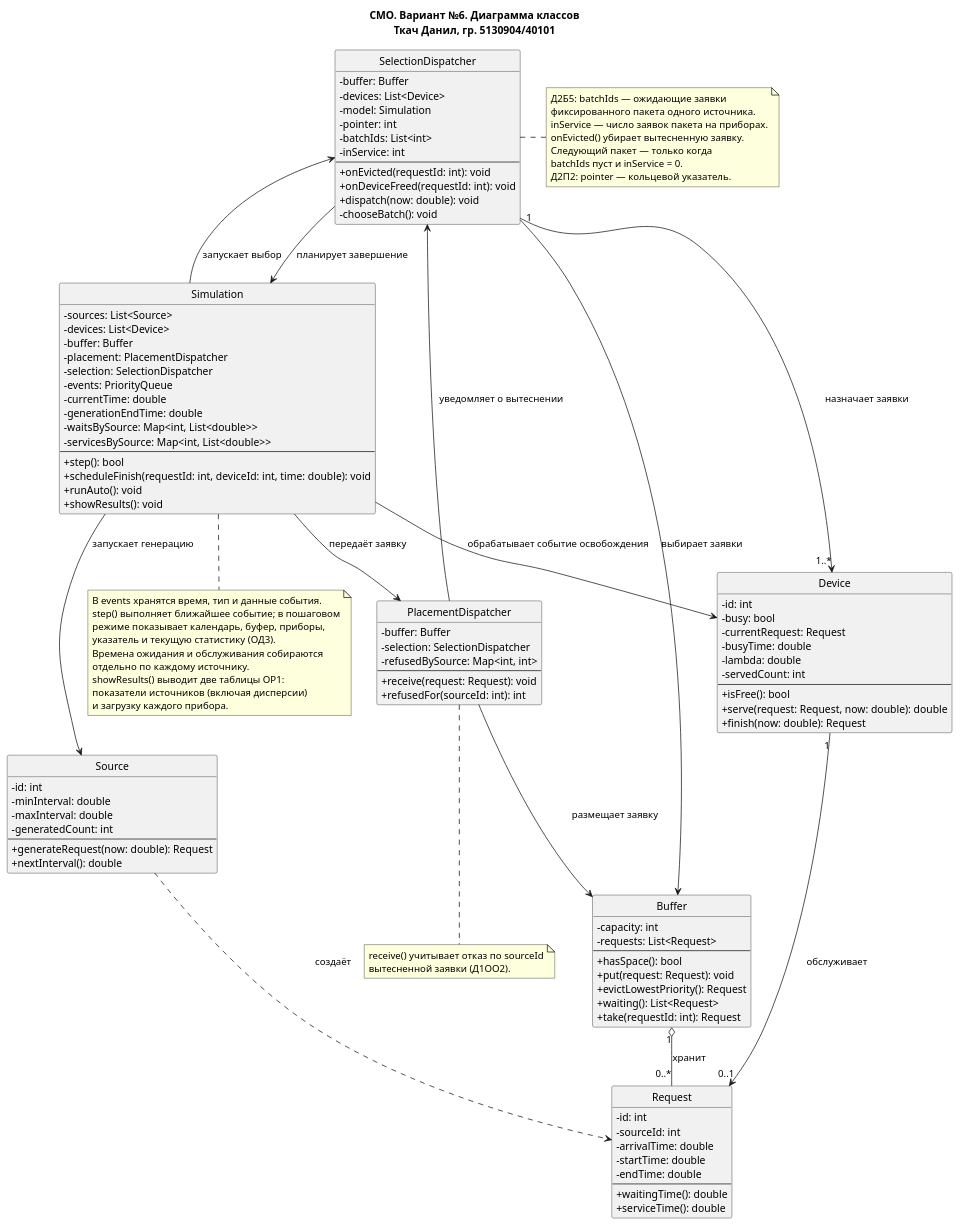
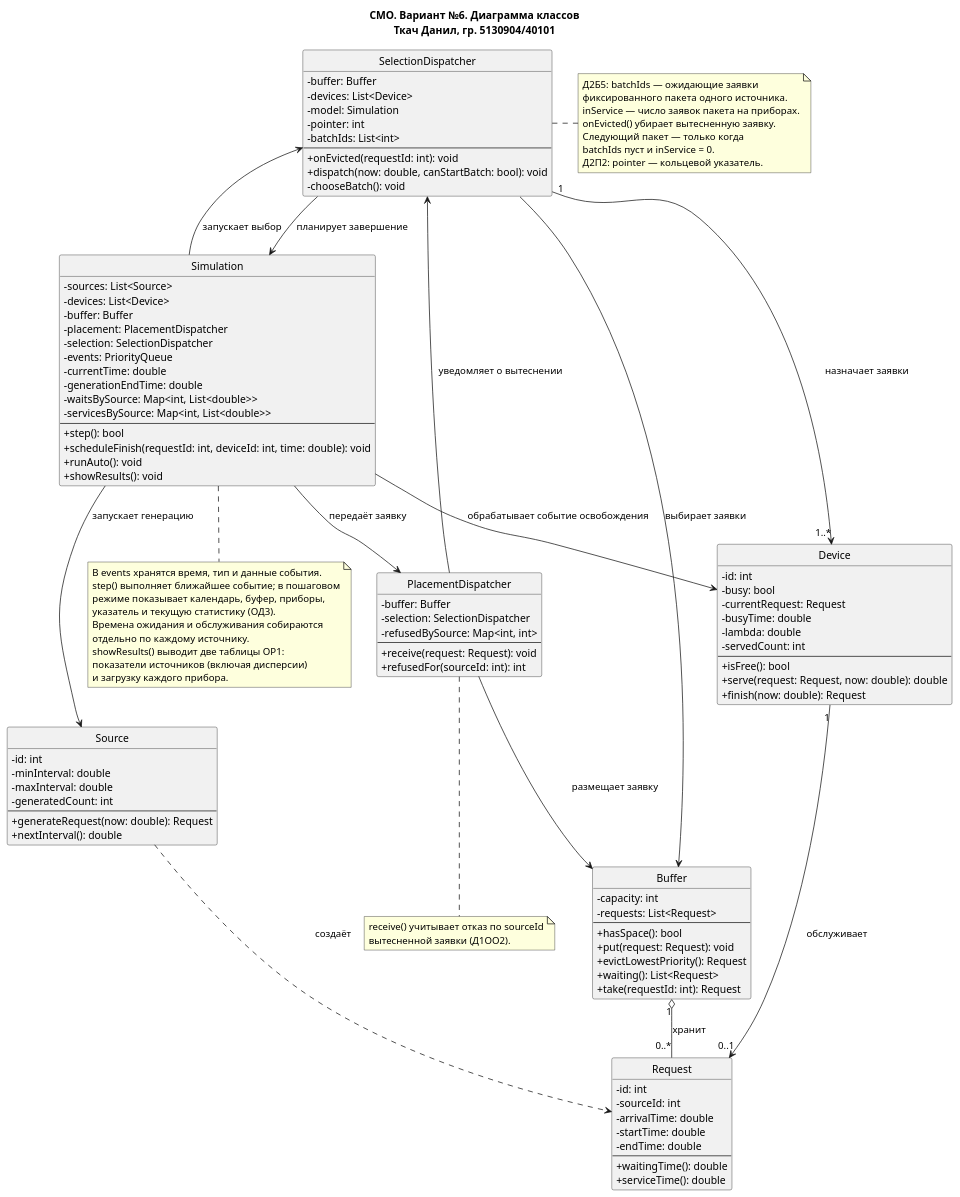
One commit to Danil3352/smo-meteo-var6 changed the diagram in artifacts/class/classes.puml. Above: the diagram before and after it, drawn with PlantUML. The commit also changed 5 other files, not shown here.

```diff
--- a/artifacts/class/classes.puml
+++ b/artifacts/class/classes.puml
@@ -2,132 +2,132 @@
 @startuml
 title СМО. Вариант №6. Диаграмма классов\nТкач Данил, гр. 5130904/40101
 skinparam style strictuml
 skinparam classAttributeIconSize 0
 
 class Request {
     - id: int
     - sourceId: int
     - arrivalTime: double
     - startTime: double
     - endTime: double
     --
     + waitingTime(): double
     + serviceTime(): double
 }
 
 class Source {
     - id: int
     - minInterval: double
     - maxInterval: double
     - generatedCount: int
     --
     + generateRequest(now: double): Request
     + nextInterval(): double
 }
 
 class Buffer {
     - capacity: int
     - requests: List<Request>
     --
     + hasSpace(): bool
     + put(request: Request): void
     + evictLowestPriority(): Request
     + waiting(): List<Request>
     + take(requestId: int): Request
 }
 
 class PlacementDispatcher {
     - buffer: Buffer
     - selection: SelectionDispatcher
     - refusedBySource: Map<int, int>
     --
     + receive(request: Request): void
     + refusedFor(sourceId: int): int
 }
 
+
 class SelectionDispatcher {
     - buffer: Buffer
     - devices: List<Device>
     - model: Simulation
     - pointer: int
     - batchIds: List<int>
-    - inService: int
     --
     + onEvicted(requestId: int): void
-    + onDeviceFreed(requestId: int): void
-    + dispatch(now: double): void
+    + dispatch(now: double, canStartBatch: bool): void
     - chooseBatch(): void
 }
+
 
 class Device {
     - id: int
     - busy: bool
     - currentRequest: Request
     - busyTime: double
     - lambda: double
     - servedCount: int
     --
     + isFree(): bool
     + serve(request: Request, now: double): double
     + finish(now: double): Request
 }
 
 class Simulation {
     - sources: List<Source>
     - devices: List<Device>
     - buffer: Buffer
     - placement: PlacementDispatcher
     - selection: SelectionDispatcher
     - events: PriorityQueue
     - currentTime: double
     - generationEndTime: double
     - waitsBySource: Map<int, List<double>>
     - servicesBySource: Map<int, List<double>>
     --
     + step(): bool
     + scheduleFinish(requestId: int, deviceId: int, time: double): void
     + runAuto(): void
     + showResults(): void
 }
 
 note bottom of PlacementDispatcher
 receive() учитывает отказ по sourceId
 вытесненной заявки (Д1ОО2).
 end note
 
 Source ..> Request : создаёт
 Simulation --> Source : запускает генерацию
 Simulation --> PlacementDispatcher : передаёт заявку
 PlacementDispatcher --> Buffer : размещает заявку
 PlacementDispatcher --> SelectionDispatcher : уведомляет о вытеснении
 SelectionDispatcher --> Buffer : выбирает заявки
 SelectionDispatcher "1" --> "1..*" Device : назначает заявки
 SelectionDispatcher --> Simulation : планирует завершение
 Simulation --> SelectionDispatcher : запускает выбор
 Simulation --> Device : обрабатывает событие освобождения
 Buffer "1" o-- "0..*" Request : хранит
 Device "1" --> "0..1" Request : обслуживает
 
 note right of SelectionDispatcher
 Д2Б5: batchIds — ожидающие заявки
 фиксированного пакета одного источника.
 inService — число заявок пакета на приборах.
 onEvicted() убирает вытесненную заявку.
 Следующий пакет — только когда
 batchIds пуст и inService = 0.
 Д2П2: pointer — кольцевой указатель.
 end note
 
 note bottom of Simulation
 В events хранятся время, тип и данные события.
 step() выполняет ближайшее событие; в пошаговом
 режиме показывает календарь, буфер, приборы,
 указатель и текущую статистику (ОД3).
 Времена ожидания и обслуживания собираются
 отдельно по каждому источнику.
 showResults() выводит две таблицы ОР1:
 показатели источников (включая дисперсии)
 и загрузку каждого прибора.
 end note
 
 @enduml
```
